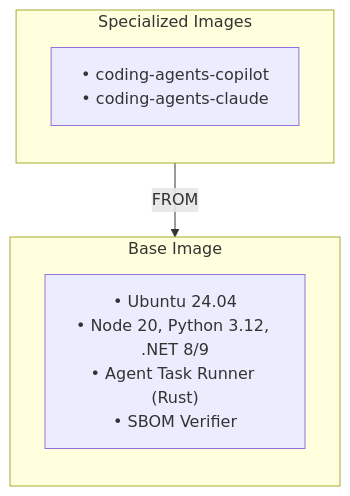
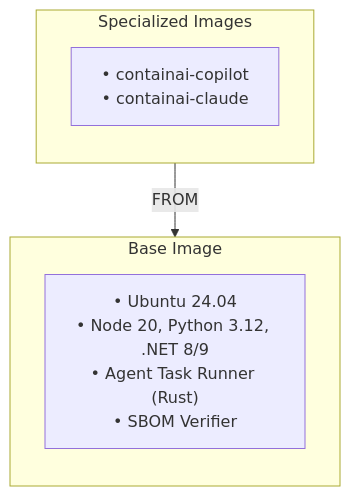
One commit to novotnyllc/ContainAI changed the second of 3 diagrams in docs/architecture-generalized.md. Above: the diagram before and after it, drawn with Mermaid. The commit also changed other lines of this file and 109 other files, not shown here.

````diff
--- a/docs/architecture-generalized.md
+++ b/docs/architecture-generalized.md
@@ -144,12 +144,12 @@
 ```mermaid
 flowchart TB
     subgraph specialized["Specialized Images"]
         direction TB
-        spec["• coding-agents-copilot<br/>• coding-agents-claude"]
+        spec["• containai-copilot<br/>• containai-claude"]
     end
     subgraph base["Base Image"]
         direction TB
         base_content["• Ubuntu 24.04<br/>• Node 20, Python 3.12, .NET 8/9<br/>• Agent Task Runner (Rust)<br/>• SBOM Verifier"]
     end
     specialized -->|FROM| base
 ```
````
